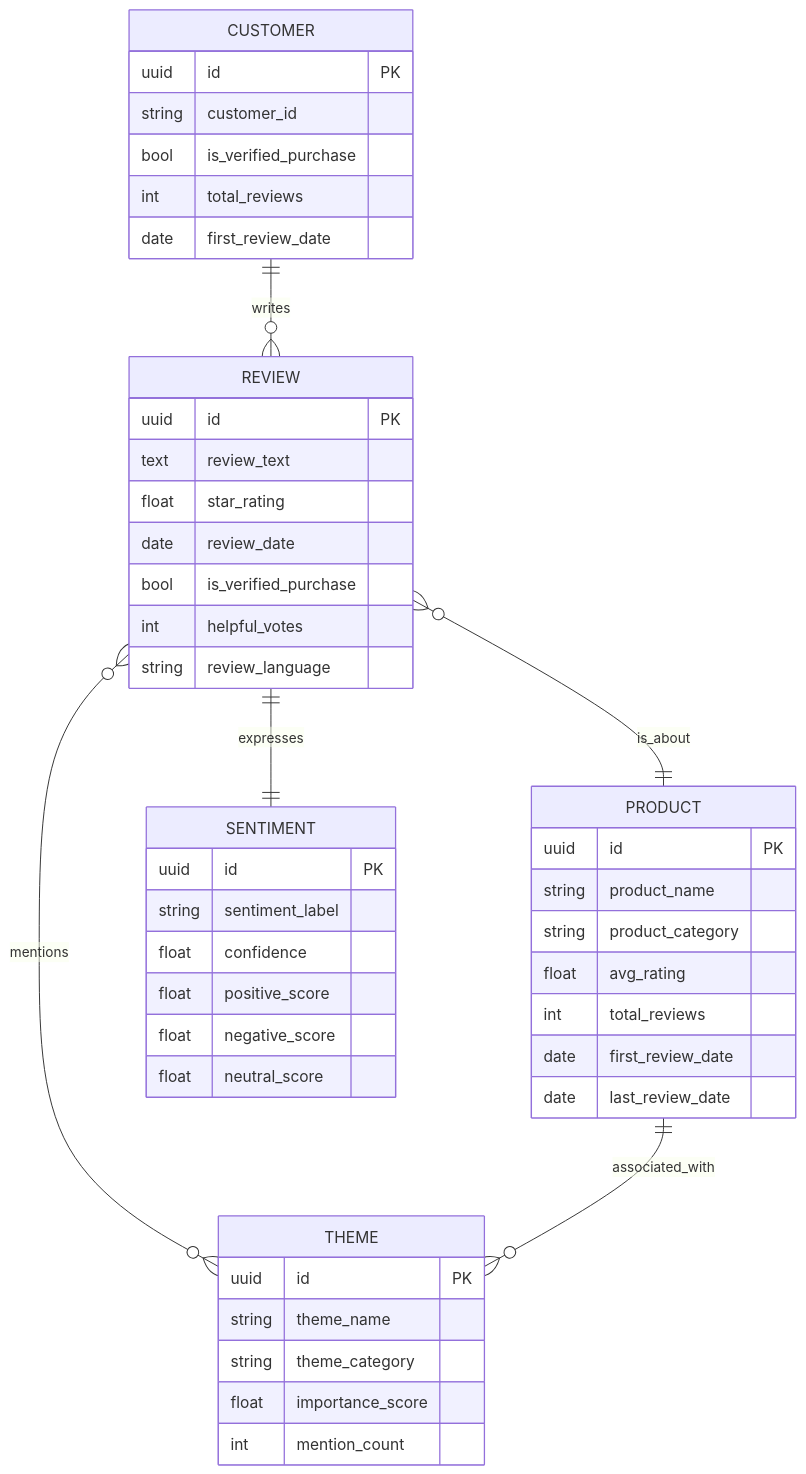
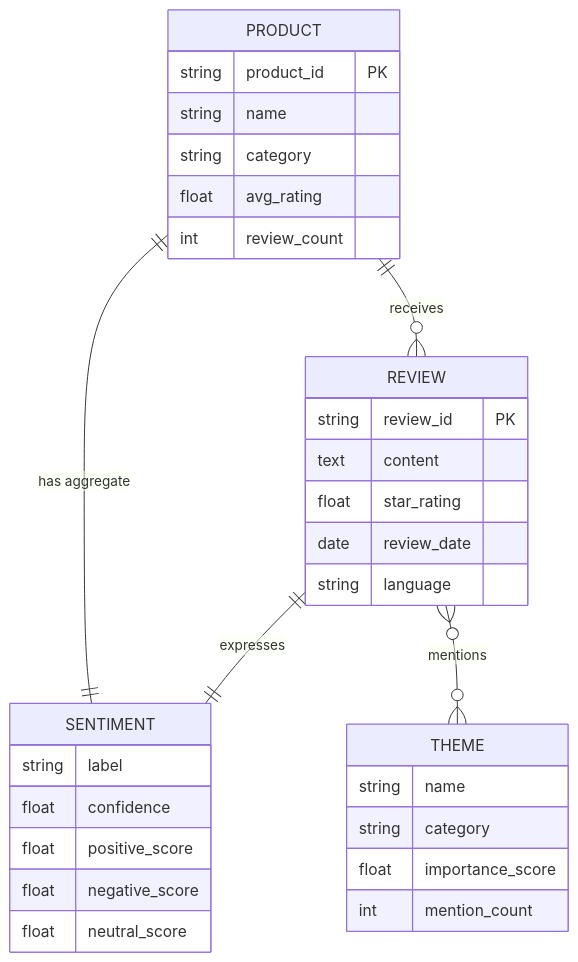
Before and after one commit to Replicant-Partners/fermi: the diagram in agents/templates/GETTING_STARTED.md, drawn with Mermaid. The commit also changed other lines of this file and 73 other files, not shown here.

````diff
--- a/agents/templates/GETTING_STARTED.md
+++ b/agents/templates/GETTING_STARTED.md
@@ -98,53 +144,38 @@
 ```mermaid
 erDiagram
-    CUSTOMER ||--o{ REVIEW : "writes"
-    REVIEW }o--|| PRODUCT : "is_about"
+    PRODUCT ||--o{ REVIEW : "receives"
     REVIEW ||--|| SENTIMENT : "expresses"
     REVIEW }o--o{ THEME : "mentions"
-    PRODUCT ||--o{ THEME : "associated_with"
-    
+    PRODUCT ||--|| SENTIMENT : "has aggregate"
+
     PRODUCT {
-        uuid id PK
-        string product_name
-        string product_category
+        string product_id PK
+        string name
+        string category
         float avg_rating
-        int total_reviews
-        date first_review_date
-        date last_review_date
+        int review_count
     }
-    
-    CUSTOMER {
-        uuid id PK
-        string customer_id
-        bool is_verified_purchase
-        int total_reviews
-        date first_review_date
-    }
-    
+
     REVIEW {
-        uuid id PK
-        text review_text
+        string review_id PK
+        text content
         float star_rating
         date review_date
-        bool is_verified_purchase
-        int helpful_votes
-        string review_language
+        string language
     }
-    
+
     SENTIMENT {
-        uuid id PK
-        string sentiment_label
+        string label
         float confidence
         float positive_score
         float negative_score
         float neutral_score
     }
-    
+
     THEME {
-        uuid id PK
-        string theme_name
-        string theme_category
+        string name
+        string category
         float importance_score
         int mention_count
     }
 ```
````
